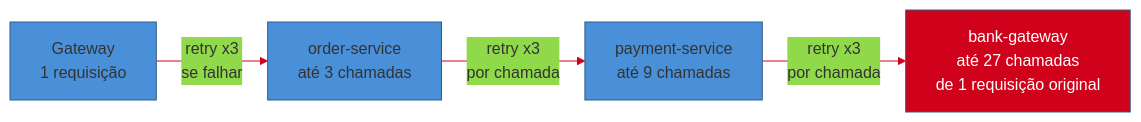
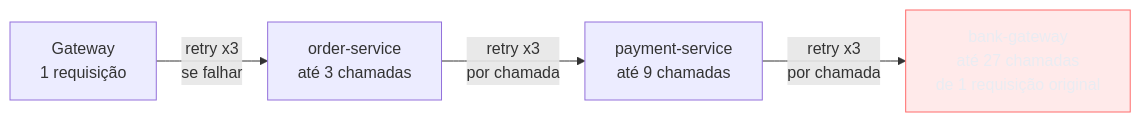
Before and after one commit to josenaldo/codex-technomanticus: the second of 4 diagrams in 03-Dominios/Engenharia/Operação/3 - Rodar em produção/06 - Resiliência operacional.md, drawn with Mermaid. The commit also changed other lines of this file and 1181 other files, not shown here.

First line of the commit message:
fix(diagramas): paleta do sistema no lugar de cor cravada no markdown

````diff
--- a/03-Dominios/Engenharia/Operação/3 - Rodar em produção/06 - Resiliência operacional.md
+++ b/03-Dominios/Engenharia/Operação/3 - Rodar em produção/06 - Resiliência operacional.md
@@ -76,9 +77,9 @@
 ```mermaid
-%%{init: {"theme": "base", "themeVariables": {"primaryColor": "#4A90D9", "primaryBorderColor": "#2E5C8A", "lineColor": "#D0021B"}}}%%
 graph LR
+    classDef falha fill:#FF6B6B24,stroke:#FF6B6B,color:#E9ECF2
     G["Gateway<br/>1 requisição"] -->|"retry x3<br/>se falhar"| OS["order-service<br/>até 3 chamadas"]
     OS -->|"retry x3<br/>por chamada"| PS["payment-service<br/>até 9 chamadas"]
     PS -->|"retry x3<br/>por chamada"| BG["bank-gateway<br/>até 27 chamadas<br/>de 1 requisição original"]
 
-    style BG fill:#D0021B,stroke:#2E5C8A,color:#fff
+    class BG falha
 ```
````
